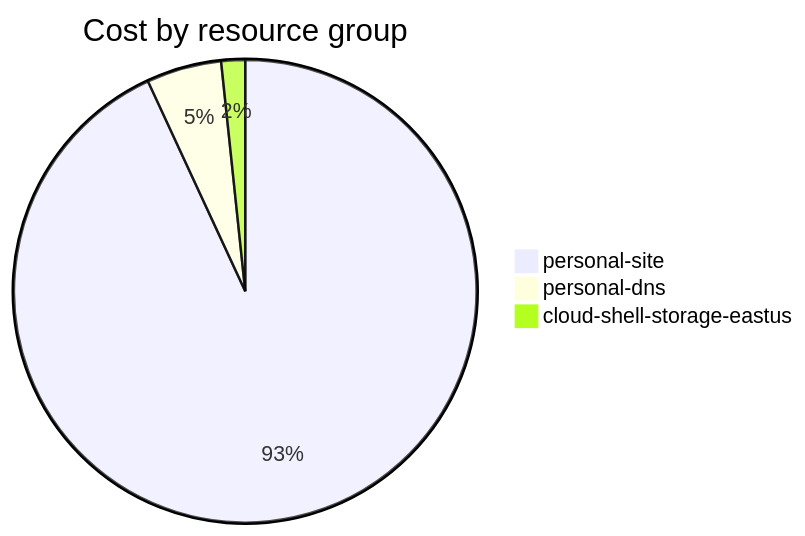
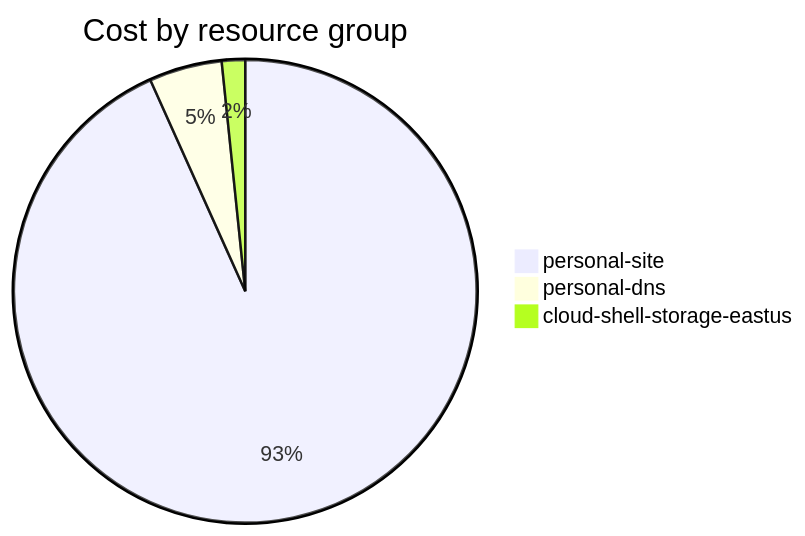
One commit to jpfulton/azure-personal-reports changed the fourth of 4 diagrams in cost-reports/accumulated-cost.md. Above: the diagram before and after it, drawn with Mermaid. The commit also changed other lines of this file and 4 other files, not shown here.

````diff
--- a/cost-reports/accumulated-cost.md
+++ b/cost-reports/accumulated-cost.md
@@ -141,7 +141,7 @@
 ```mermaid
 pie
    title Cost by resource group
-   "personal-site" : 3.91
-   "personal-dns" : 0.22
-   "cloud-shell-storage-eastus" : 0.07
+   "personal-site" : 4.58
+   "personal-dns" : 0.25
+   "cloud-shell-storage-eastus" : 0.08
 ```
````
